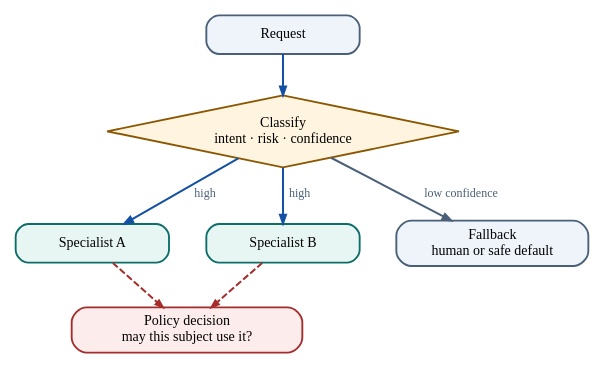
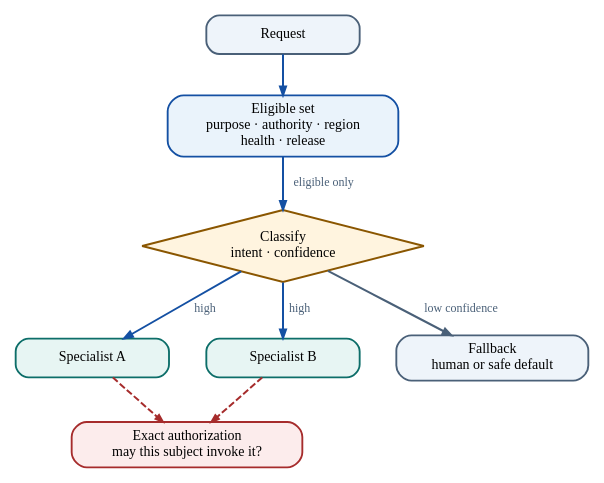
Before and after one commit to rrahimi-uci/building-enterprise-general-intelligence: the diagram in assets/diagrams/src/pattern-routing.gv, drawn with Graphviz. The commit also changed 38 other files, not shown here.

```diff
--- a/assets/diagrams/src/pattern-routing.gv
+++ b/assets/diagrams/src/pattern-routing.gv
@@ -1,29 +1,33 @@
 // Figure 11-1 — Routing. Selection is not authority.
-// Message: the router decides WHO should handle the work. It never decides
-// whether the work is permitted -- that is a separate policy decision, and a
+// Message: the eligible set is computed before the classifier sees anything.
+// The router decides WHO should handle the work. It never decides whether the
+// work is permitted -- that is a separate authorization decision, and a
 // low-confidence route falls back rather than guessing.
 digraph pattern_routing {
   rankdir = TB
   graph [ranksep=0.40, nodesep=0.20]
   node [shape=box, style="filled,rounded", penwidth=1.4, fontsize=10.5,
         margin="0.12,0.07", height=0.40, width=1.6]
   edge [arrowsize=0.65, penwidth=1.5, color="#1450A3"]
 
   req [label="Request", fillcolor="#EEF4FA", color="#4A6078"]
-  cls [label="Classify\nintent · risk · confidence", shape=diamond, style=filled,
+  eli [label="Eligible set\npurpose · authority · region\nhealth · release", fillcolor="#EAF3FB",
+       color="#1450A3", width=2.4]
+  cls [label="Classify\nintent · confidence", shape=diamond, style=filled,
        fillcolor="#FFF4DF", color="#8A5600", height=0.75, width=2.3]
   s1  [label="Specialist A", fillcolor="#E7F5F3", color="#0D6E69"]
   s2  [label="Specialist B", fillcolor="#E7F5F3", color="#0D6E69"]
   fb  [label="Fallback\nhuman or safe default", fillcolor="#EEF4FA", color="#4A6078", width=2.0]
-  pol [label="Policy decision\nmay this subject use it?", fillcolor="#FCECEC",
+  pol [label="Exact authorization\nmay this subject invoke it?", fillcolor="#FCECEC",
        color="#A62C2C", width=2.4]
 
-  req -> cls
+  req -> eli
+  eli -> cls [label=" eligible only", fontsize=9, fontcolor="#4A6078"]
   cls -> s1 [label=" high", fontsize=9, fontcolor="#4A6078"]
   cls -> s2 [label=" high", fontsize=9, fontcolor="#4A6078"]
   cls -> fb [label=" low confidence", fontsize=9, fontcolor="#4A6078", color="#4A6078"]
   s1 -> pol [color="#A62C2C", style=dashed, arrowsize=0.55]
   s2 -> pol [color="#A62C2C", style=dashed, arrowsize=0.55]
 
   { rank=same; s1 -> s2 -> fb [style=invis] }
 }
```
